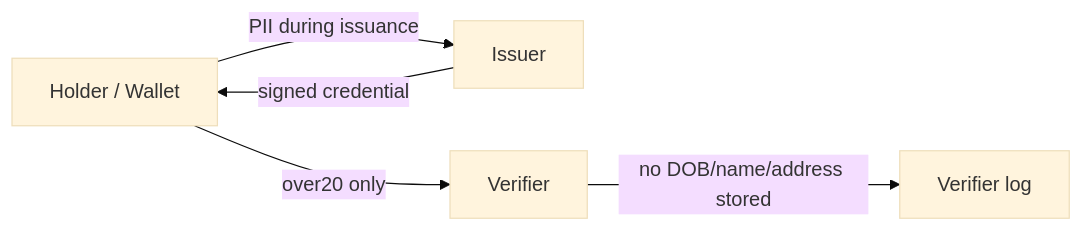
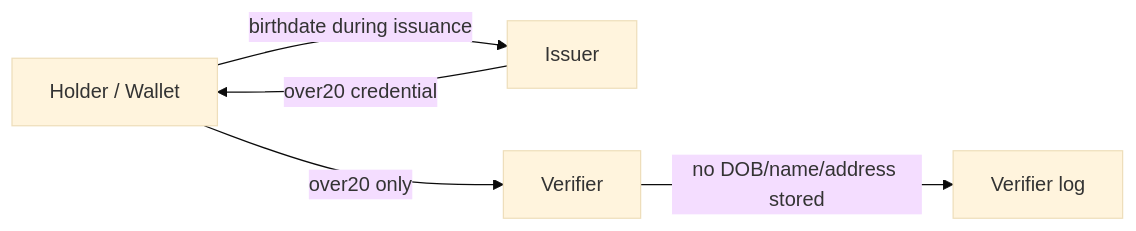
The diagram in BLOG_NOTES.md (kenkenpa2126/zero-pii-age-verify), drawn with Mermaid (base theme) before and after one commit. The commit also changed other lines of this file and 12 other files, not shown here.

Commit message:
Minimize age credential PII

````diff
--- a/BLOG_NOTES.md
+++ b/BLOG_NOTES.md
@@ -86,7 +90,7 @@
 ```mermaid
 flowchart LR
-  User[Holder / Wallet] -->|PII during issuance| Issuer[Issuer]
-  Issuer -->|signed credential| User
+  User[Holder / Wallet] -->|birthdate during issuance| Issuer[Issuer]
+  Issuer -->|over20 credential| User
   User -->|over20 only| Verifier[Verifier]
   Verifier -->|no DOB/name/address stored| Log[Verifier log]
 ```
````
